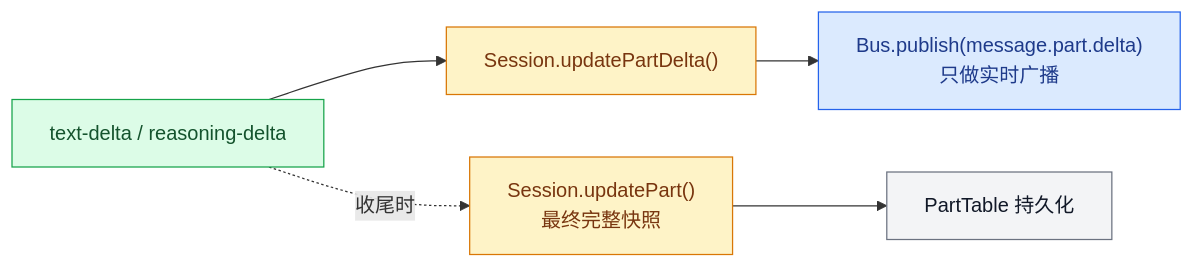
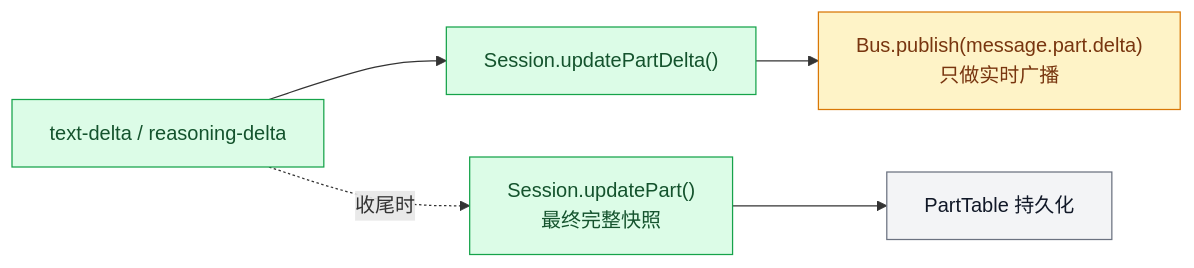
One commit to feuyeux/agent-study changed the fifth of 22 diagrams in opencode_kickoff/A07-durable-state.md. Above: the diagram before and after it, drawn with Mermaid. The commit also changed other lines of this file, not shown here.

Commit message:
docs(opencode_kickoff): unify A07 diagram colors

````diff
--- a/opencode_kickoff/A07-durable-state.md
+++ b/opencode_kickoff/A07-durable-state.md
@@ -199,21 +199,20 @@
 ```mermaid
 flowchart LR
     DeltaIn["text-delta / reasoning-delta"]
     Broadcast["Session.updatePartDelta()"]
     Realtime["Bus.publish(message.part.delta)<br/>只做实时广播"]
     Snapshot["Session.updatePart()<br/>最终完整快照"]
     Durable["PartTable 持久化"]
 
     DeltaIn --> Broadcast --> Realtime
     DeltaIn -.收尾时.-> Snapshot --> Durable
 
     classDef producer fill:#DCFCE7,stroke:#16A34A,color:#14532D;
     classDef consumer fill:#DBEAFE,stroke:#2563EB,color:#1E3A8A;
     classDef bridge fill:#FEF3C7,stroke:#D97706,color:#78350F;
     classDef storage fill:#F3F4F6,stroke:#6B7280,color:#111827;
 
-    class DeltaIn producer;
-    class Realtime consumer;
-    class Broadcast,Snapshot bridge;
+    class DeltaIn,Broadcast,Snapshot producer;
+    class Realtime bridge;
     class Durable storage;
 ```
````
